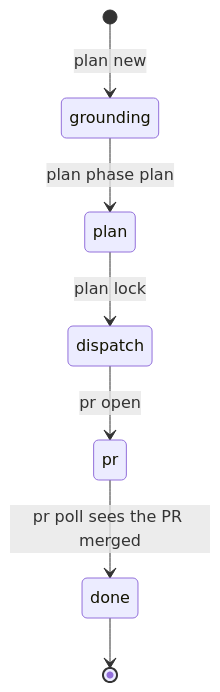
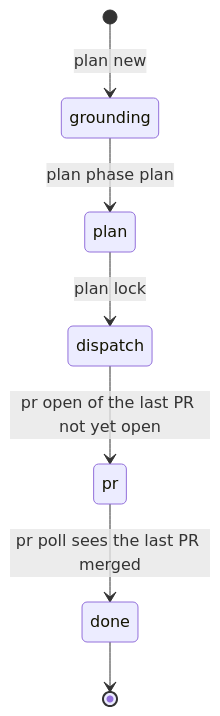
One commit to clayton-duarte/cpd changed the second of 5 diagrams in docs/contract.md. Above: the diagram before and after it, drawn with Mermaid. The commit also changed other lines of this file and 1 other file, not shown here.

````diff
--- a/docs/contract.md
+++ b/docs/contract.md
@@ -330,9 +373,9 @@
 ```mermaid
 stateDiagram-v2
   [*] --> grounding: plan new
   grounding --> plan: plan phase plan
   plan --> dispatch: plan lock
-  dispatch --> pr: pr open
-  pr --> done: pr poll sees the PR merged
+  dispatch --> pr: pr open of the last PR not yet open
+  pr --> done: pr poll sees the last PR merged
   done --> [*]
 ```
````
